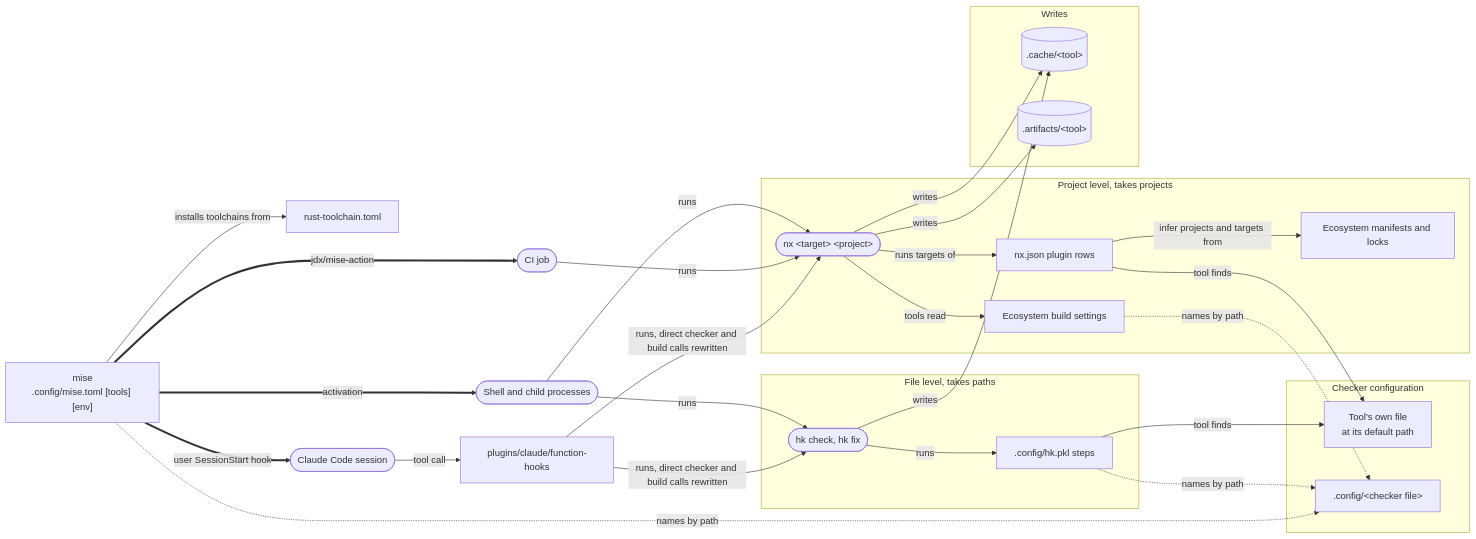
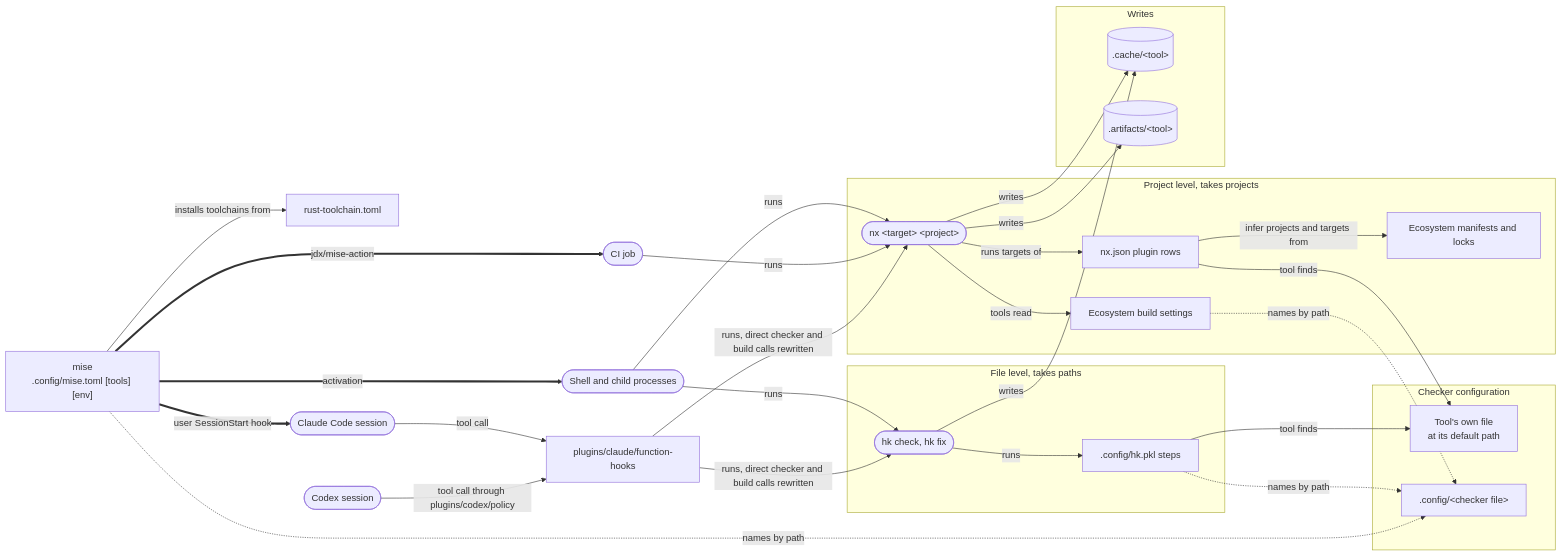
Before and after one commit to bsamiee/Rasm: the diagram in README.md, drawn with Mermaid. The commit also changed other lines of this file and 354 other files, not shown here.

First line of the commit message:
chore: prune agent plugins, rename data to duckdb, move gog and notebooklm into tool and search, and drop the Xcode MCP and the difft, loc, and tree tools

````diff
--- a/README.md
+++ b/README.md
@@ -81,48 +81,50 @@
 ```mermaid
 flowchart LR
     versions["rust-toolchain.toml"]
     mise["mise<br/>.config/mise.toml [tools] [env]"]
     shell(["Shell and child processes"])
     claude(["Claude Code session"])
+    codex(["Codex session"])
     ci(["CI job"])
     hooks["plugins/claude/function-hooks"]
 
     subgraph file["File level, takes paths"]
         hk(["hk check, hk fix"])
         steps[".config/hk.pkl steps"]
     end
 
     subgraph project["Project level, takes projects"]
         nx(["nx #lt;target#gt; #lt;project#gt;"])
         plugins["nx.json plugin rows"]
         manifests["Ecosystem manifests and locks"]
         build["Ecosystem build settings"]
     end
 
     subgraph config["Checker configuration"]
         found["Tool's own file<br/>at its default path"]
         named[".config/#lt;checker file#gt;"]
     end
 
     subgraph writes["Writes"]
         cache[(".cache/#lt;tool#gt;")]
         artifacts[(".artifacts/#lt;tool#gt;")]
     end
 
     mise -->|installs toolchains from| versions
     mise ==>|activation| shell
     mise ==>|user SessionStart hook| claude
     mise ==>|jdx/mise-action| ci
     shell -->|runs| hk & nx
     ci -->|runs| nx
     claude -->|tool call| hooks
+    codex -->|tool call through plugins/codex/policy| hooks
     hooks -->|runs, direct checker and build calls rewritten| hk & nx
     hk -->|runs| steps
     nx -->|runs targets of| plugins
     plugins -->|infer projects and targets from| manifests
     nx -->|tools read| build
     steps & plugins -->|tool finds| found
     steps & build & mise -.->|names by path| named
     hk -->|writes| cache
     nx -->|writes| cache & artifacts
 ```
````
